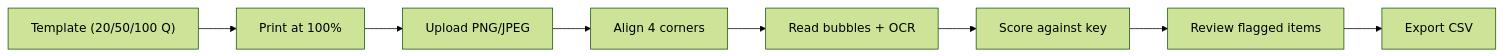
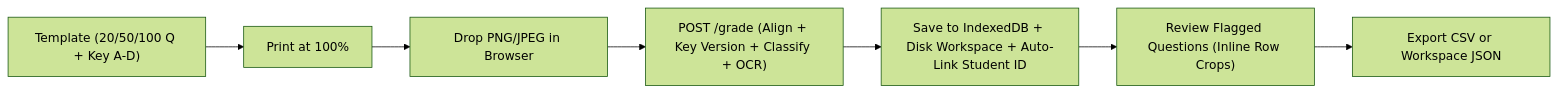
The diagram in README.md (AstirisAQW/autogradequiz), drawn with Mermaid (forest theme) before and after one commit. The commit also changed other lines of this file, not shown here.

Commit message:
docs(readme): document architecture, routes, and grading pipeline

````diff
--- a/README.md
+++ b/README.md
@@ -11,10 +13,9 @@
 ```mermaid
 flowchart LR
-    T["Template (20/50/100 Q)"] --> P["Print at 100%"]
-    P --> U["Upload PNG/JPEG"]
-    U --> A["Align 4 corners"]
-    A --> R["Read bubbles + OCR"]
-    R --> S["Score against key"]
-    S --> V["Review flagged items"]
-    V --> E["Export CSV"]
+    T["Template (20/50/100 Q + Key A-D)"] --> P["Print at 100%"]
+    P --> U["Drop PNG/JPEG in Browser"]
+    U --> G["POST /grade (Align + Key Version + Classify + OCR)"]
+    G --> W["Save to IndexedDB + Disk Workspace + Auto-Link Student ID"]
+    W --> V["Review Flagged Questions (Inline Row Crops)"]
+    V --> E["Export CSV or Workspace JSON"]
 ```
````
